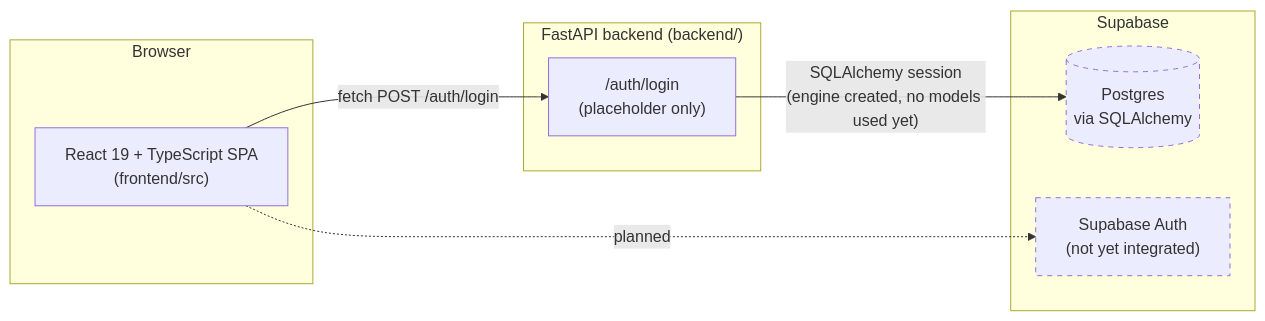
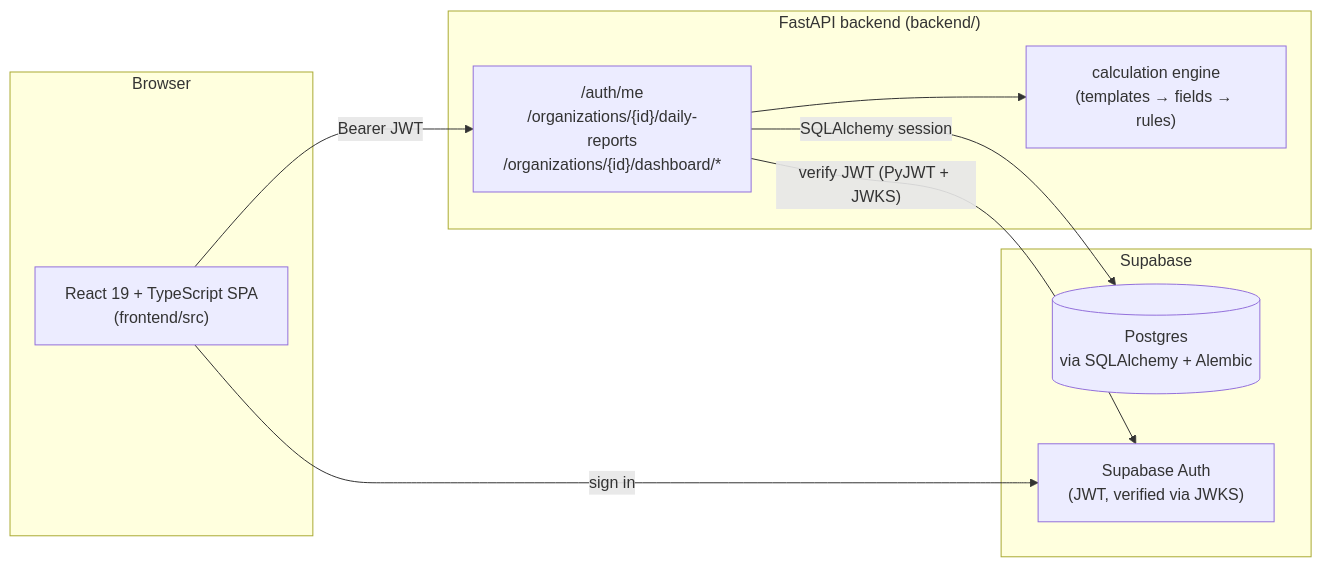
The first of 2 diagrams in README.md (kungumabalaji/MAARA-AI-Business-Manager), drawn with Mermaid before and after one commit. The commit also changed other lines of this file, not shown here.

Commit message:
Update README to reflect the real backend/frontend build, not the original scaffold

````diff
--- a/README.md
+++ b/README.md
@@ -29,22 +31,22 @@
 ```mermaid
 flowchart LR
     subgraph Browser
         UI["React 19 + TypeScript SPA\n(frontend/src)"]
     end
 
     subgraph Server["FastAPI backend (backend/)"]
-        API["/auth/login\n(placeholder only)"]
+        API["/auth/me\n/organizations/{id}/daily-reports\n/organizations/{id}/dashboard/*"]
+        Calc["calculation engine\n(templates → fields → rules)"]
     end
 
     subgraph Data["Supabase"]
-        PG[("Postgres\nvia SQLAlchemy")]
-        SBAuth["Supabase Auth\n(not yet integrated)"]
+        PG[("Postgres\nvia SQLAlchemy + Alembic")]
+        SBAuth["Supabase Auth\n(JWT, verified via JWKS)"]
     end
 
-    UI -- "fetch POST /auth/login" --> API
-    API -- "SQLAlchemy session\n(engine created, no models used yet)" --> PG
-    UI -. "planned" .-> SBAuth
-
-    style SBAuth stroke-dasharray: 5 5
-    style PG stroke-dasharray: 5 5
+    UI -- "sign in" --> SBAuth
+    UI -- "Bearer JWT" --> API
+    API -- "verify JWT (PyJWT + JWKS)" --> SBAuth
+    API --> Calc
+    API -- "SQLAlchemy session" --> PG
 ```
````
